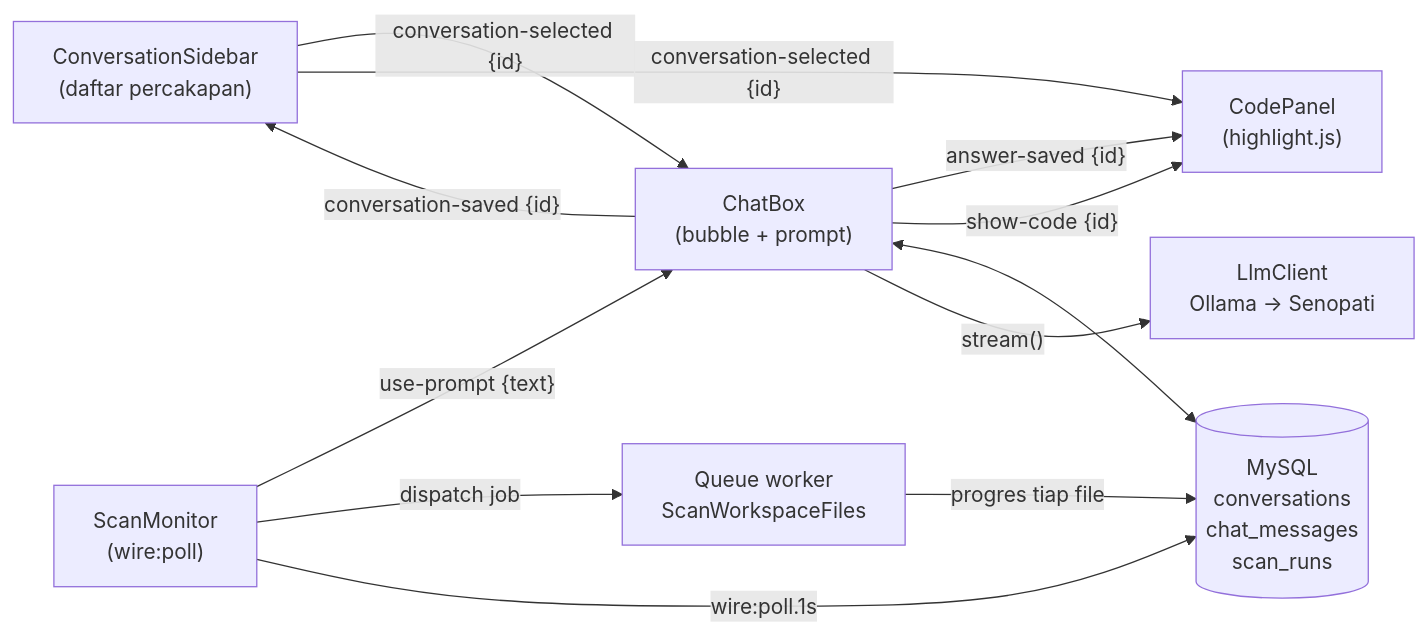
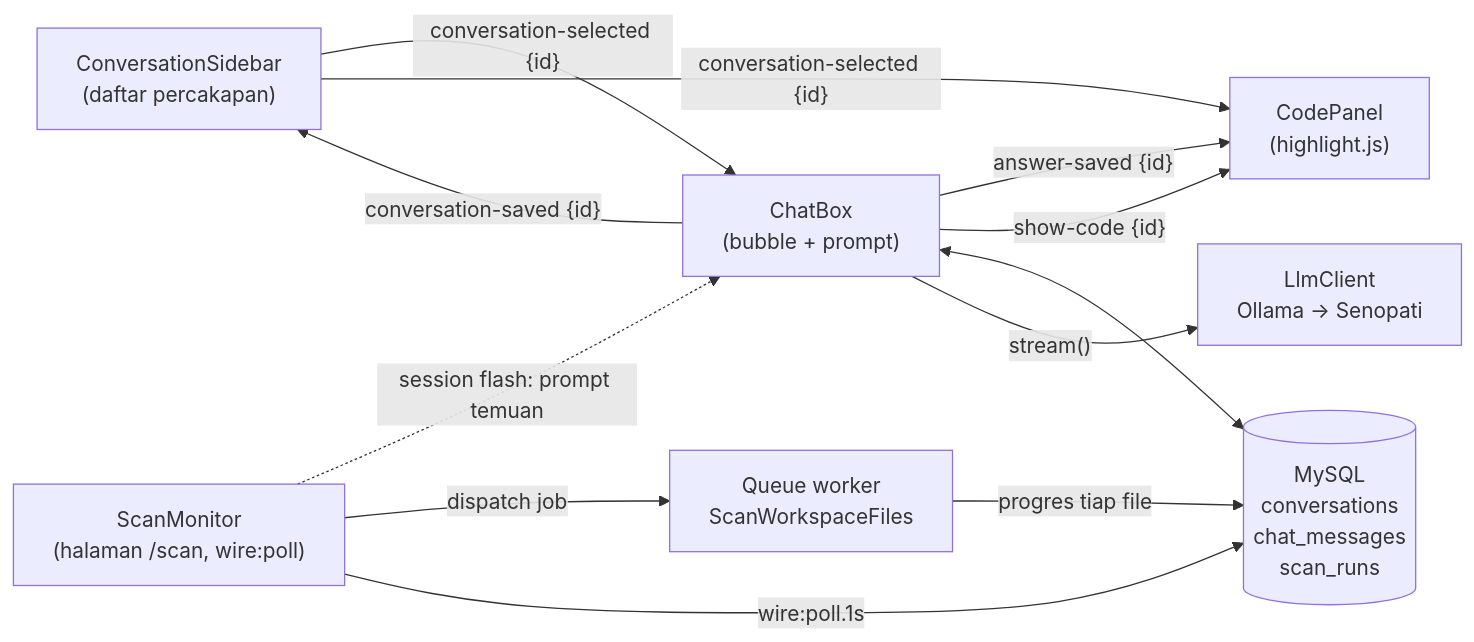
Before and after one commit to FrenaldyH/tugas_11-12_PBKK: the first of 2 diagrams in README.md, drawn with Mermaid. The commit also changed other lines of this file and 14 other files, not shown here.

````diff
--- a/README.md
+++ b/README.md
@@ -60,22 +62,22 @@
 ```mermaid
 flowchart LR
     S["ConversationSidebar<br/>(daftar percakapan)"]
     C["ChatBox<br/>(bubble + prompt)"]
     K["CodePanel<br/>(highlight.js)"]
-    M["ScanMonitor<br/>(wire:poll)"]
+    M["ScanMonitor<br/>(halaman /scan, wire:poll)"]
     DB[("MySQL<br/>conversations<br/>chat_messages<br/>scan_runs")]
     LLM["LlmClient<br/>Ollama → Senopati"]
     Q["Queue worker<br/>ScanWorkspaceFiles"]
 
     S -- "conversation-selected {id}" --> C
     S -- "conversation-selected {id}" --> K
     C -- "conversation-saved {id}" --> S
     C -- "answer-saved {id}" --> K
     C -- "show-code {id}" --> K
-    M -- "use-prompt {text}" --> C
+    M -. "session flash: prompt temuan" .-> C
     C <--> DB
     C -- "stream()" --> LLM
     M -- "dispatch job" --> Q
     Q -- "progres tiap file" --> DB
     M -- "wire:poll.1s" --> DB
 ```
````
